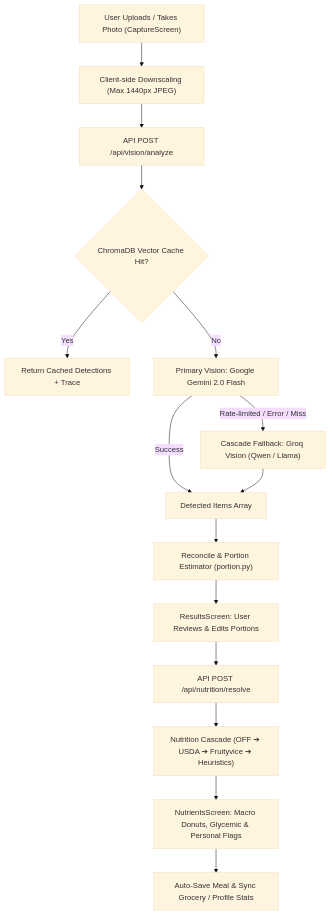
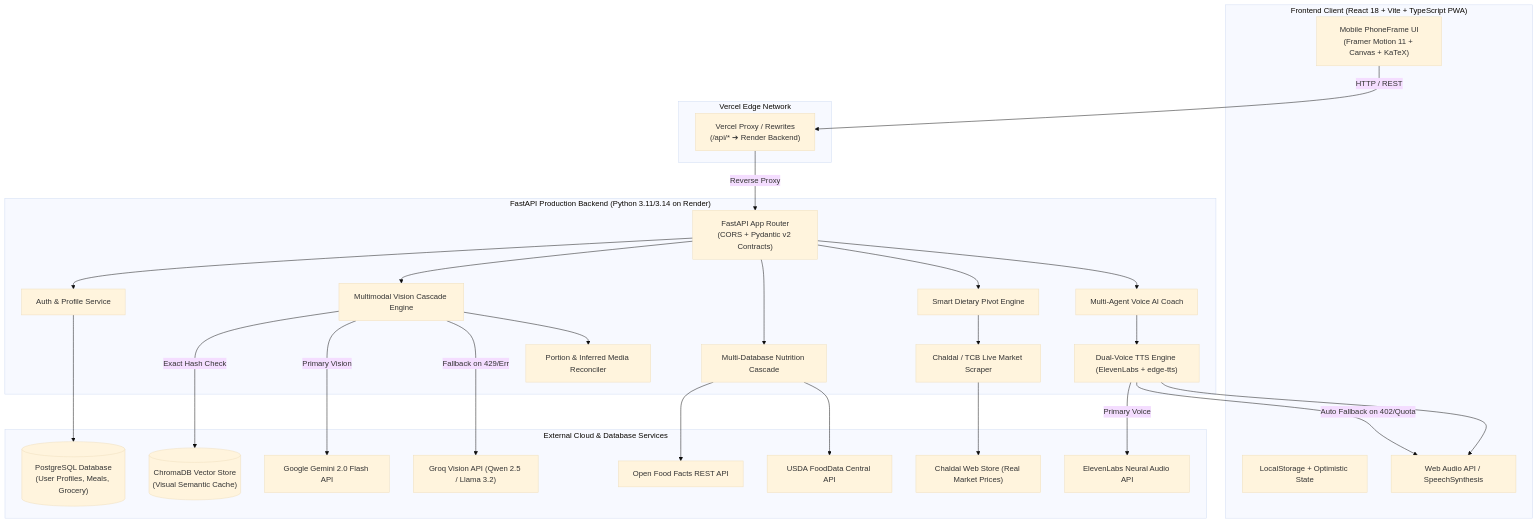
Before and after one commit to bikash-20/cloud-camp-hackathon: the first of 5 diagrams in docs/WORKFLOW_GUIDE.md, drawn with Mermaid (base theme). The commit also changed other lines of this file and 3 other files, not shown here.

Commit message:
docs: expand master workflow guide with architecture diagrams, voice coach pipeline, and bilingual user journeys

````diff
--- a/docs/WORKFLOW_GUIDE.md
+++ b/docs/WORKFLOW_GUIDE.md
@@ -33,17 +52,57 @@
 ```mermaid
-flowchart TD
-    A["User Uploads / Takes Photo (CaptureScreen)"] --> B["Client-side Downscaling (Max 1440px JPEG)"]
-    B --> C["API POST /api/vision/analyze"]
-    C --> D{"ChromaDB Vector Cache Hit?"}
-    D -- "Yes" --> E["Return Cached Detections + Trace"]
-    D -- "No" --> F["Primary Vision: Google Gemini 2.0 Flash"]
-    F -- "Success" --> G["Detected Items Array"]
-    F -- "Rate-limited / Error / Miss" --> H["Cascade Fallback: Groq Vision (Qwen / Llama)"]
-    H --> G
-    G --> I["Reconcile & Portion Estimator (portion.py)"]
-    I --> J["ResultsScreen: User Reviews & Edits Portions"]
-    J --> K["API POST /api/nutrition/resolve"]
-    K --> L["Nutrition Cascade (OFF ➔ USDA ➔ Fruityvice ➔ Heuristics)"]
-    L --> M["NutrientsScreen: Macro Donuts, Glycemic & Personal Flags"]
-    M --> N["Auto-Save Meal & Sync Grocery / Profile Stats"]
+flowchart TB
+    subgraph Client["Frontend Client (React 18 + Vite + TypeScript PWA)"]
+        UI["Mobile PhoneFrame UI\n(Framer Motion 11 + Canvas + KaTeX)"]
+        ClientStorage["LocalStorage + Optimistic State"]
+        AudioPlayback["Web Audio API / SpeechSynthesis"]
+    end
+
+    subgraph Edge["Vercel Edge Network"]
+        VercelProxy["Vercel Proxy / Rewrites\n(/api/* ➔ Render Backend)"]
+    end
+
+    subgraph Backend["FastAPI Production Backend (Python 3.11/3.14 on Render)"]
+        API["FastAPI App Router\n(CORS + Pydantic v2 Contracts)"]
+        AuthService["Auth & Profile Service"]
+        VisionCascade["Multimodal Vision Cascade Engine"]
+        PortionReconciler["Portion & Inferred Media Reconciler"]
+        NutritionCascade["Multi-Database Nutrition Cascade"]
+        PivotEngine["Smart Dietary Pivot Engine"]
+        PriceScraper["Chaldal / TCB Live Market Scraper"]
+        CoachService["Multi-Agent Voice AI Coach"]
+        TTSService["Dual-Voice TTS Engine (ElevenLabs + edge-tts)"]
+    end
+
+    subgraph CloudServices["External Cloud & Database Services"]
+        Postgres[("PostgreSQL Database\n(User Profiles, Meals, Grocery)")]
+        Chroma[("ChromaDB Vector Store\n(Visual Semantic Cache)")]
+        Gemini["Google Gemini 2.0 Flash API"]
+        Groq["Groq Vision API (Qwen 2.5 / Llama 3.2)"]
+        OpenFoodFacts["Open Food Facts REST API"]
+        USDA["USDA FoodData Central API"]
+        ElevenLabs["ElevenLabs Neural Audio API"]
+        Chaldal["Chaldal Web Store (Real Market Prices)"]
+    end
+
+    UI -->|"HTTP / REST"| VercelProxy
+    VercelProxy -->|"Reverse Proxy"| API
+
+    API --> AuthService --> Postgres
+    API --> VisionCascade
+    VisionCascade -->|"Exact Hash Check"| Chroma
+    VisionCascade -->|"Primary Vision"| Gemini
+    VisionCascade -->|"Fallback on 429/Err"| Groq
+    VisionCascade --> PortionReconciler
+
+    API --> NutritionCascade
+    NutritionCascade --> OpenFoodFacts
+    NutritionCascade --> USDA
+
+    API --> PivotEngine --> PriceScraper --> Chaldal
+
+    API --> CoachService
+    CoachService --> TTSService
+    TTSService -->|"Primary Voice"| ElevenLabs
+    TTSService -->|"Auto Fallback on 402/Quota"| AudioPlayback
+    TTSService --> AudioPlayback
 ```
````
